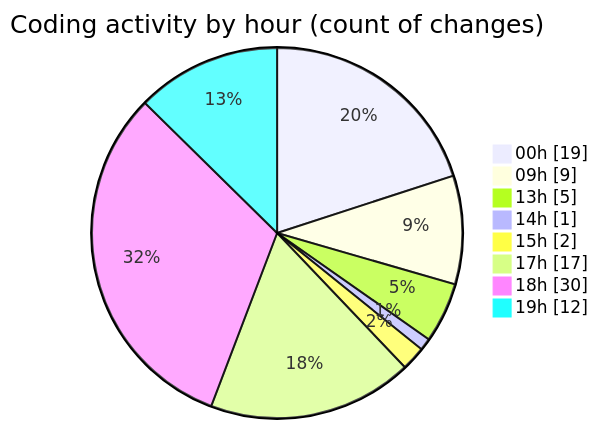
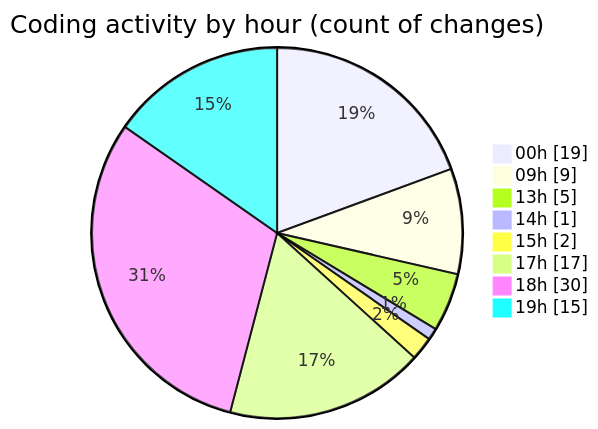
The second of 2 diagrams in 2025-08-12/ribbon/README.md (EIIisD/code-tracking), drawn with Mermaid before and after one commit. The commit also changed other lines of this file and 1 other file, not shown here.

````diff
--- a/2025-08-12/ribbon/README.md
+++ b/2025-08-12/ribbon/README.md
@@ -51,12 +51,12 @@
 ```mermaid
 pie showData
 title Coding activity by hour (count of changes)
 "00h" : 19
 "09h" : 9
 "13h" : 5
 "14h" : 1
 "15h" : 2
 "17h" : 17
 "18h" : 30
-"19h" : 12
+"19h" : 15
 ```
````
